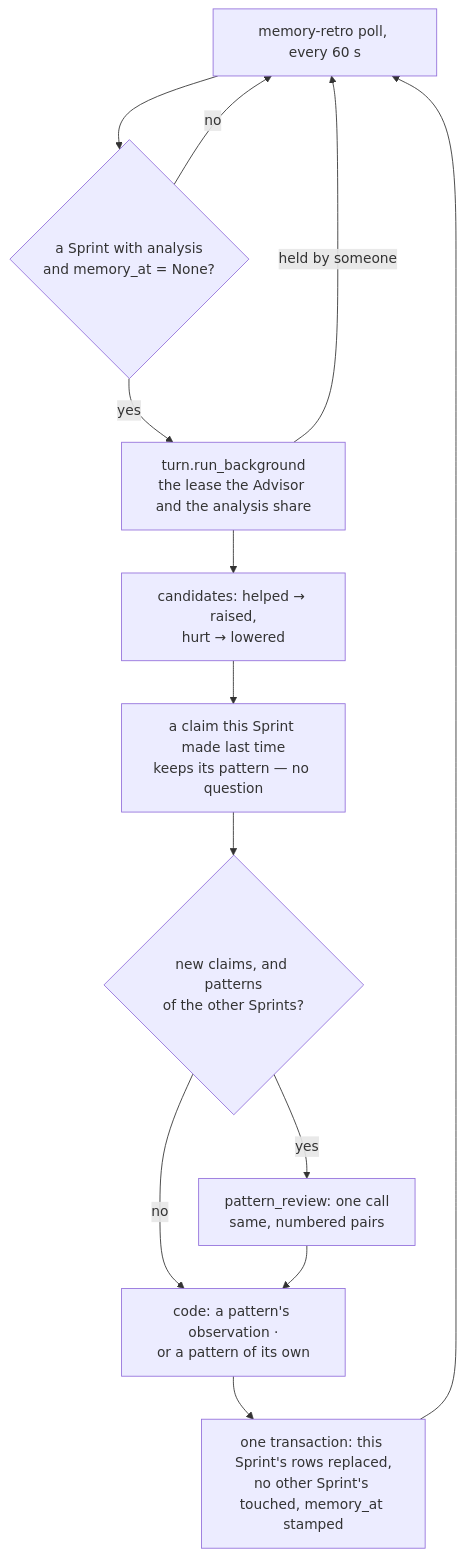
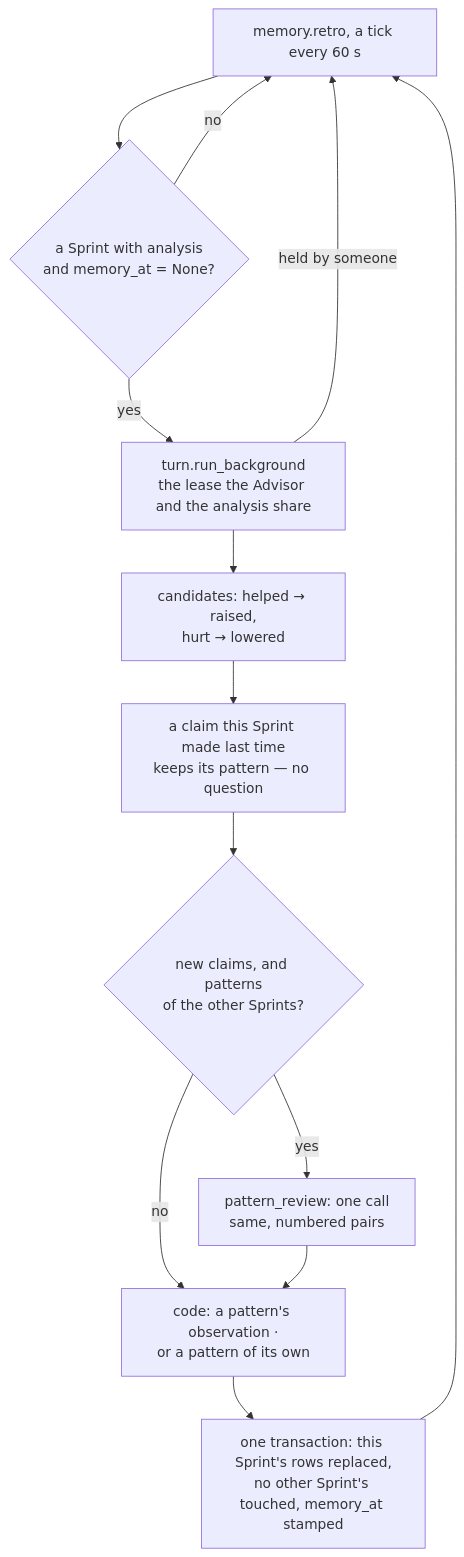
One commit to myvaheed/tg-ai-safwa changed the fourth of 4 diagrams in docs/SPRINT_ANALYSE_TO_RETRO_AND_MEM.md. Above: the diagram before and after it, drawn with Mermaid. The commit also changed other lines of this file and 44 other files, not shown here.

````diff
--- a/docs/SPRINT_ANALYSE_TO_RETRO_AND_MEM.md
+++ b/docs/SPRINT_ANALYSE_TO_RETRO_AND_MEM.md
@@ -265,15 +265,15 @@
 ```mermaid
 flowchart TD
-    P["memory-retro poll, every 60 s"] --> Q{"a Sprint with analysis<br/>and memory_at = None?"}
+    P["memory.retro, a tick every 60 s"] --> Q{"a Sprint with analysis<br/>and memory_at = None?"}
     Q -- no --> P
     Q -- yes --> L["turn.run_background<br/>the lease the Advisor and the analysis share"]
     L -- held by someone --> P
     L --> C["candidates: helped → raised,<br/>hurt → lowered"]
     C --> B["a claim this Sprint made last time<br/>keeps its pattern — no question"]
     B --> M{"new claims, and patterns<br/>of the other Sprints?"}
     M -- yes --> R["pattern_review: one call<br/>same, numbered pairs"]
     M -- no --> K
     R --> K["code: a pattern's observation ·<br/>or a pattern of its own"]
     K --> T["one transaction: this Sprint's rows replaced,<br/>no other Sprint's touched, memory_at stamped"]
     T --> P
 ```
````
